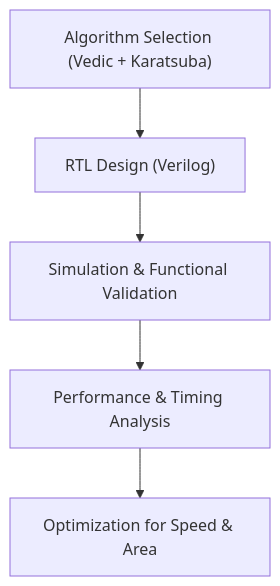
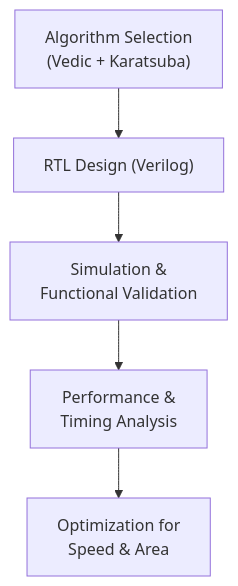
The third of 3 diagrams in README.md (Satya136-dvsn/Duba_Venkata_Satyanarayana-), drawn with Mermaid before and after one commit. The commit also changed other lines of this file, not shown here.

Commit message:
Wrap long text in Mermaid diagrams

````diff
--- a/README.md
+++ b/README.md
@@ -82,7 +82,7 @@
 ```mermaid
-graph TD
-    Algo["Algorithm Selection (Vedic + Karatsuba)"] --> RTL["RTL Design (Verilog)"]
-    RTL --> Sim["Simulation & Functional Validation"]
-    Sim --> Timing["Performance & Timing Analysis"]
-    Timing --> Opt["Optimization for Speed & Area"]
+flowchart TD
+    Algo["Algorithm Selection<br>(Vedic + Karatsuba)"] --> RTL["RTL Design (Verilog)"]
+    RTL --> Sim["Simulation &<br>Functional Validation"]
+    Sim --> Timing["Performance &<br>Timing Analysis"]
+    Timing --> Opt["Optimization for<br>Speed & Area"]
 ```
````
